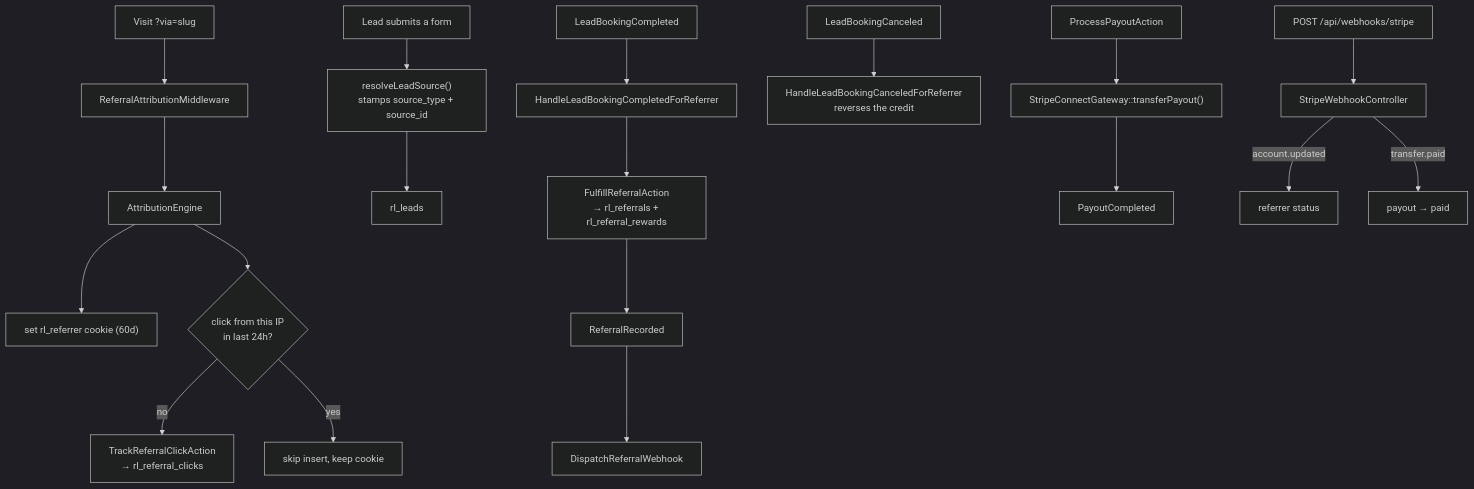
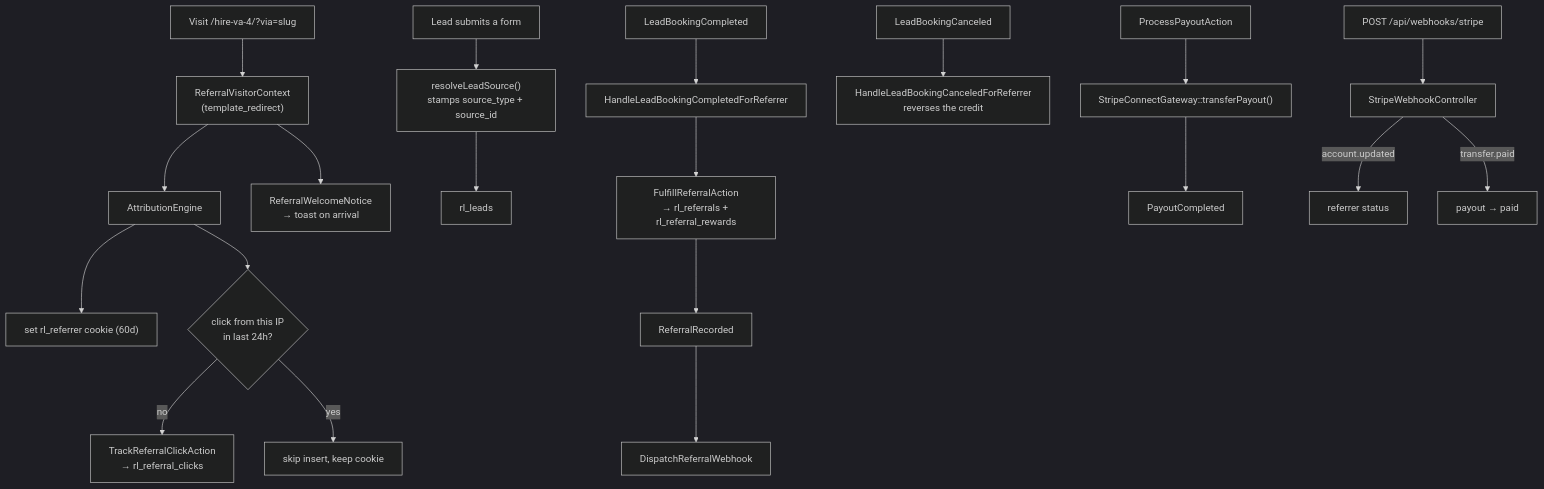
The diagram in web/app/themes/remote-leverage/docs/domains/referral.md (Remote-Leverage/remote-leverage-website-modernization), drawn with Mermaid (dark theme) before and after one commit. The commit also changed other lines of this file and 20 other files, not shown here.

Commit message:
feat: implement referral visitor tracking, welcome notices, and lead discount attribution

````diff
--- a/web/app/themes/remote-leverage/docs/domains/referral.md
+++ b/web/app/themes/remote-leverage/docs/domains/referral.md
@@ -50,25 +61,26 @@
 ```mermaid
 flowchart TB
-    V["Visit ?via=slug"] --> ME["ReferralAttributionMiddleware"]
+    V["Visit /hire-va-4/?via=slug"] --> ME["ReferralVisitorContext<br/>(template_redirect)"]
     ME --> AE["AttributionEngine"]
+    ME --> NOTE["ReferralWelcomeNotice<br/>→ toast on arrival"]
     AE --> CK["set rl_referrer cookie (60d)"]
     AE --> DD{"click from this IP<br/>in last 24h?"}
     DD -->|"no"| TC["TrackReferralClickAction<br/>→ rl_referral_clicks"]
     DD -->|"yes"| SKIP["skip insert, keep cookie"]
 
     FORM["Lead submits a form"] --> LS["resolveLeadSource()<br/>stamps source_type + source_id"]
     LS --> LEAD["rl_leads"]
 
     LBC["LeadBookingCompleted"] --> HB["HandleLeadBookingCompletedForReferrer"]
     HB --> FR["FulfillReferralAction<br/>→ rl_referrals + rl_referral_rewards"]
     FR --> RR["ReferralRecorded"]
     RR --> WH["DispatchReferralWebhook"]
 
     LBX["LeadBookingCanceled"] --> HX["HandleLeadBookingCanceledForReferrer<br/>reverses the credit"]
 
     PAY["ProcessPayoutAction"] --> SC["StripeConnectGateway::transferPayout()"]
     SC --> PC["PayoutCompleted"]
     SW["POST /api/webhooks/stripe"] --> SWC["StripeWebhookController"]
     SWC -->|"account.updated"| ST["referrer status"]
     SWC -->|"transfer.paid"| PD["payout → paid"]
 ```
````
